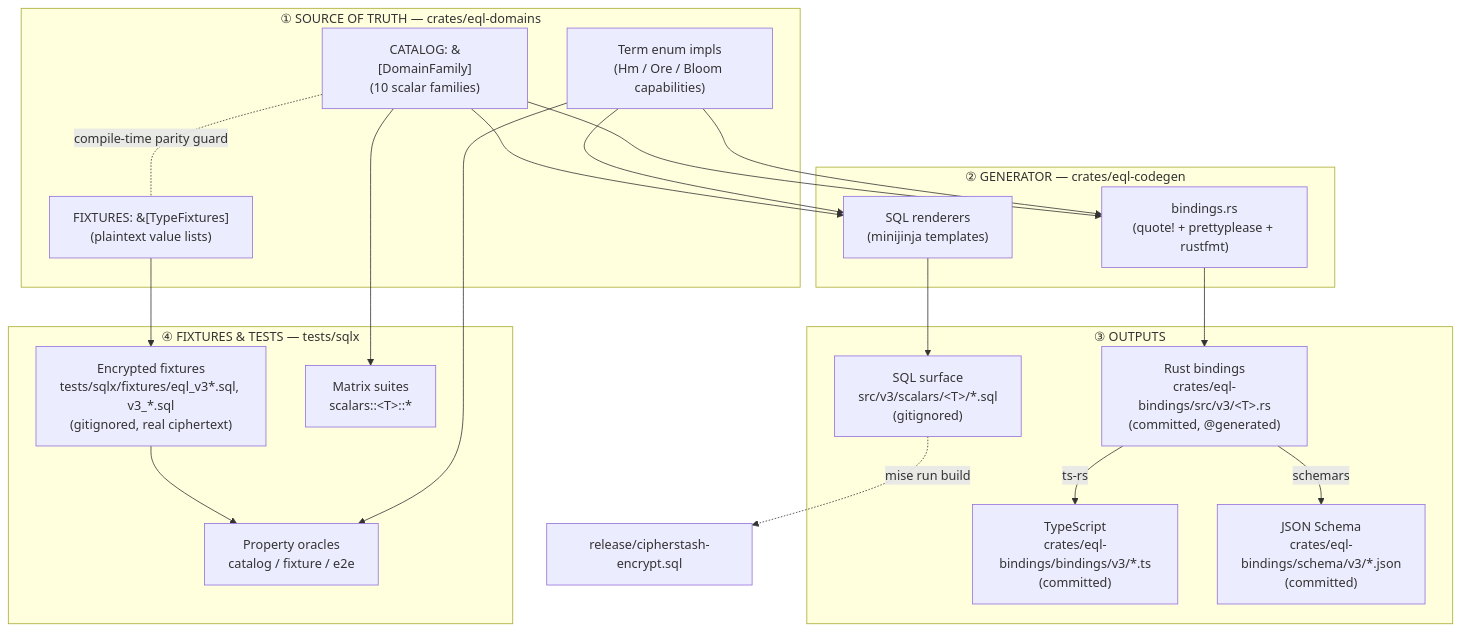
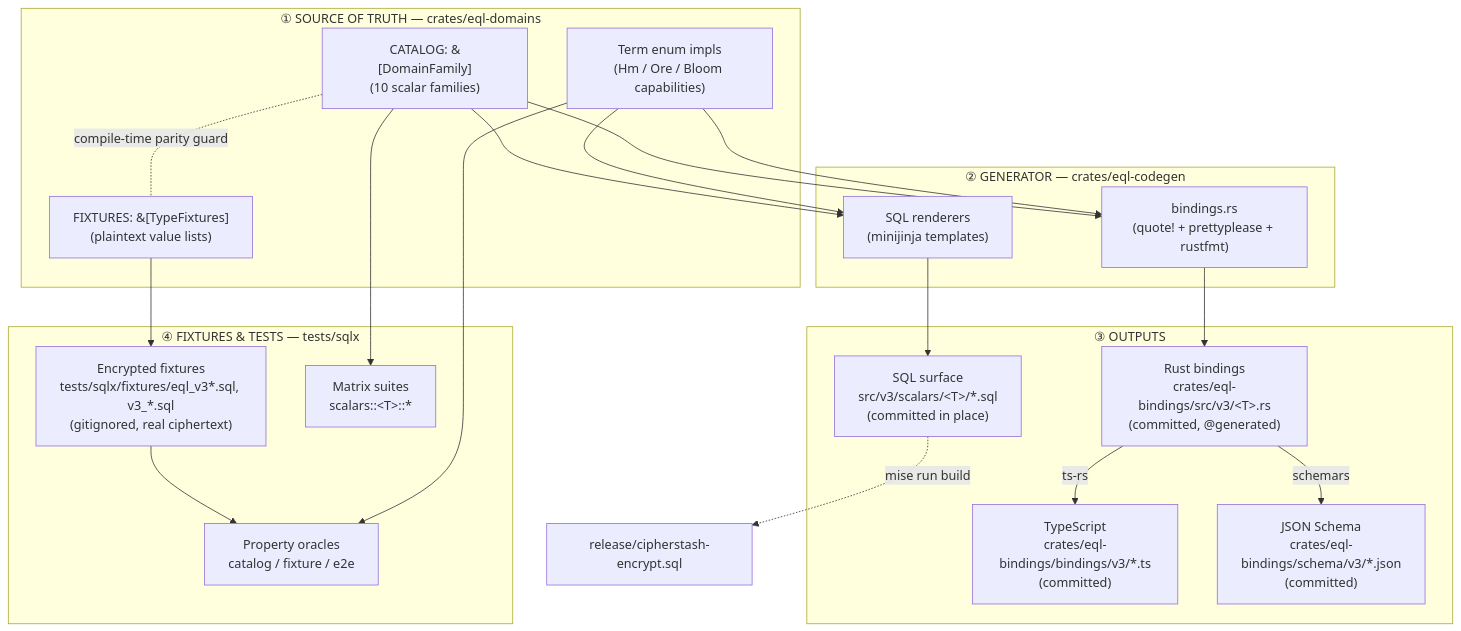
One commit to cipherstash/encrypt-query-language changed the first of 15 diagrams in docs/reference/catalog-driven-architecture.md. Above: the diagram before and after it, drawn with Mermaid. The commit also changed other lines of this file and 227 other files, not shown here.

````diff
--- a/docs/reference/catalog-driven-architecture.md
+++ b/docs/reference/catalog-driven-architecture.md
@@ -16,40 +16,40 @@
 ```mermaid
 flowchart TD
     subgraph SOT["① SOURCE OF TRUTH — crates/eql-domains"]
         CAT["CATALOG: &[DomainFamily]<br/>(10 scalar families)"]
         FIX["FIXTURES: &[TypeFixtures]<br/>(plaintext value lists)"]
         TERM["Term enum impls<br/>(Hm / Ore / Bloom capabilities)"]
         CAT -.compile-time parity guard.- FIX
     end
 
     subgraph GEN["② GENERATOR — crates/eql-codegen"]
         SQLR["SQL renderers<br/>(minijinja templates)"]
         BIND["bindings.rs<br/>(quote! + prettyplease + rustfmt)"]
     end
 
     subgraph OUT["③ OUTPUTS"]
-        SQL["SQL surface<br/>src/v3/scalars/&lt;T&gt;/*.sql<br/>(gitignored)"]
+        SQL["SQL surface<br/>src/v3/scalars/&lt;T&gt;/*.sql<br/>(committed in place)"]
         RS["Rust bindings<br/>crates/eql-bindings/src/v3/&lt;T&gt;.rs<br/>(committed, @generated)"]
         TS["TypeScript<br/>crates/eql-bindings/bindings/v3/*.ts<br/>(committed)"]
         JS["JSON Schema<br/>crates/eql-bindings/schema/v3/*.json<br/>(committed)"]
     end
 
     subgraph TEST["④ FIXTURES & TESTS — tests/sqlx"]
         FXSQL["Encrypted fixtures<br/>tests/sqlx/fixtures/eql_v3*.sql, v3_*.sql<br/>(gitignored, real ciphertext)"]
         MATRIX["Matrix suites<br/>scalars::&lt;T&gt;::*"]
         PROP["Property oracles<br/>catalog / fixture / e2e"]
     end
 
     CAT --> SQLR --> SQL
     CAT --> BIND --> RS
     TERM --> SQLR
     TERM --> BIND
     RS -->|ts-rs| TS
     RS -->|schemars| JS
     FIX --> FXSQL
     CAT --> MATRIX
     FXSQL --> PROP
     TERM --> PROP
 
     SQL -.->|mise run build| INSTALLER["release/cipherstash-encrypt.sql"]
 ```
````
